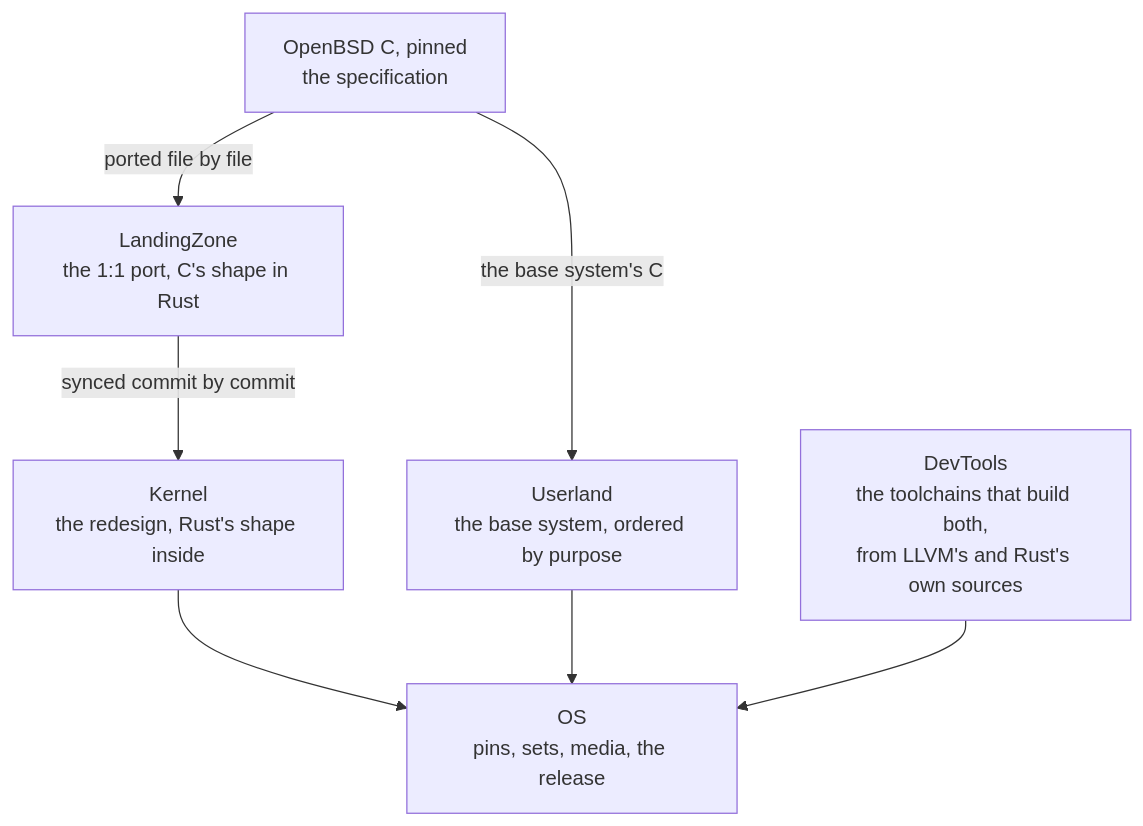
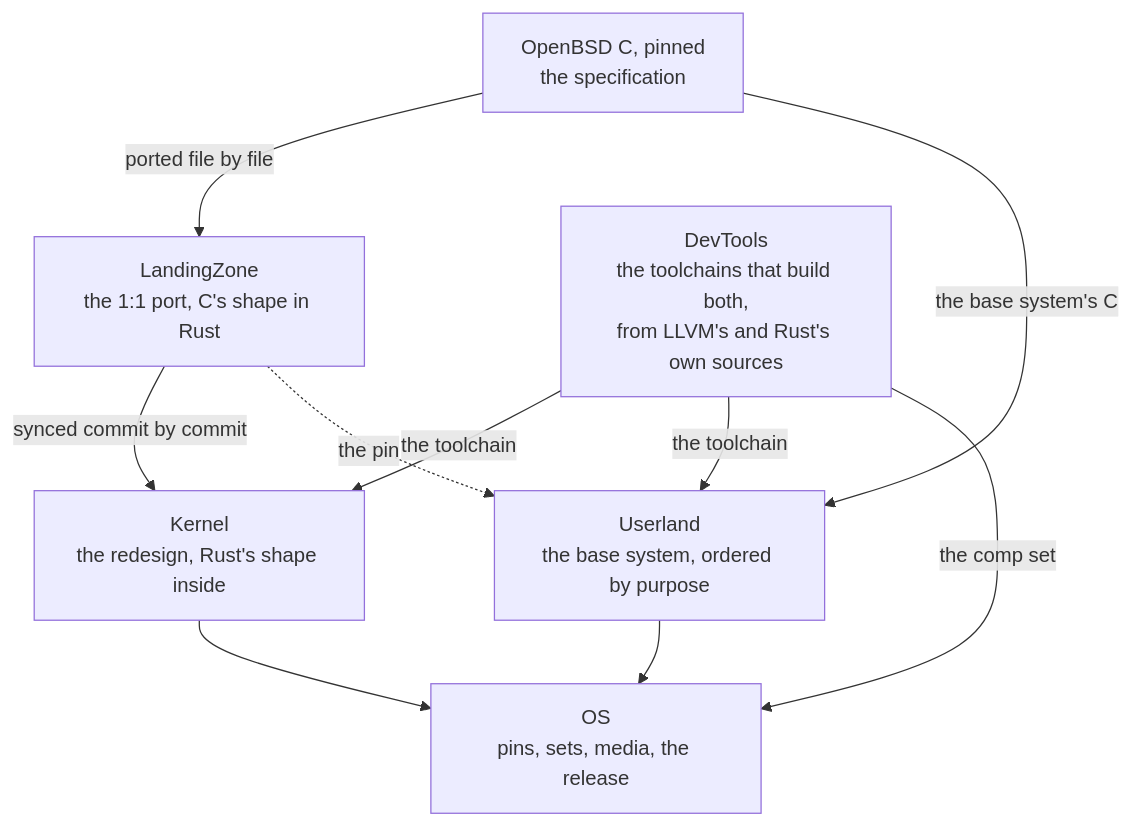
Before and after one commit to EmiBSD/Portal: the diagram in _diagrams/pipeline.mmd, drawn with Mermaid. The commit also changed 3 other files, not shown here.

```diff
--- a/_diagrams/pipeline.mmd
+++ b/_diagrams/pipeline.mmd
@@ -1,16 +1,19 @@
 %% The pipeline, as docs/architecture.md of Governance draws it. Rendered by tools/diagrams.sh
 %% into assets/img/pipeline.svg and pipeline-dark.svg; process.md shows them with <picture>.
 flowchart TB
     obsd["OpenBSD C, pinned<br/>the specification"]
     lz["LandingZone<br/>the 1:1 port, C's shape in Rust"]
     k["Kernel<br/>the redesign, Rust's shape inside"]
     ul["Userland<br/>the base system, ordered by purpose"]
     dev["DevTools<br/>the toolchains that build both,<br/>from LLVM's and Rust's own sources"]
     os["OS<br/>pins, sets, media, the release"]
 
     obsd -- "ported file by file" --> lz
     lz -- "synced commit by commit" --> k
     obsd -- "the base system's C" --> ul
+    lz -. "the pin" .-> ul
+    dev -- "the toolchain" --> k
+    dev -- "the toolchain" --> ul
     k --> os
     ul --> os
-    dev --> os
+    dev -- "the comp set" --> os
```
